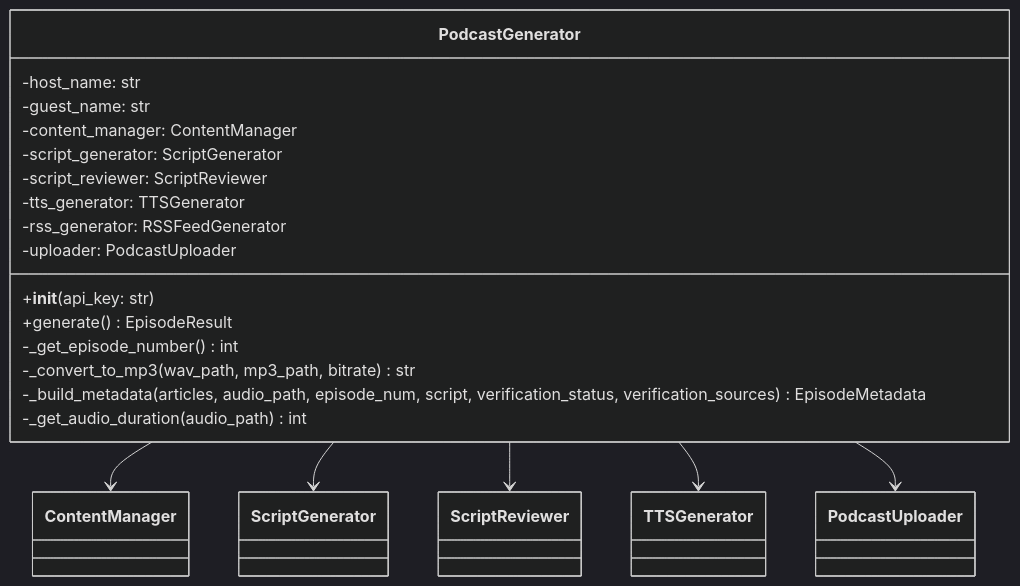
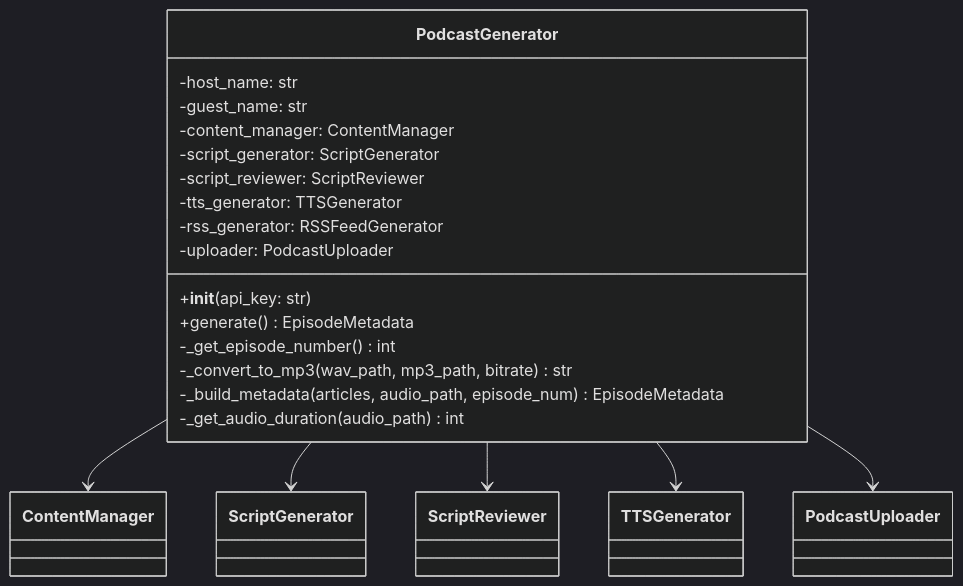
Before and after one commit to necoha/auto-podcast: the seventh of 8 diagrams in docs/LLD.md, drawn with Mermaid (dark theme). The commit also changed other lines of this file and 25 other files, not shown here.

Commit message:
Restore pre-URL Context flow with configurable Gemini models

````diff
--- a/docs/LLD.md
+++ b/docs/LLD.md
@@ -505,25 +453,25 @@
 ```mermaid
 classDiagram
     class PodcastGenerator {
         -host_name: str
         -guest_name: str
         -content_manager: ContentManager
         -script_generator: ScriptGenerator
         -script_reviewer: ScriptReviewer
         -tts_generator: TTSGenerator
         -rss_generator: RSSFeedGenerator
         -uploader: PodcastUploader
         +__init__(api_key: str)
-        +generate() EpisodeResult
+        +generate() EpisodeMetadata
         -_get_episode_number() int
         -_convert_to_mp3(wav_path, mp3_path, bitrate) str
-        -_build_metadata(articles, audio_path, episode_num, script, verification_status, verification_sources) EpisodeMetadata
+        -_build_metadata(articles, audio_path, episode_num) EpisodeMetadata
         -_get_audio_duration(audio_path) int
     }
 
     PodcastGenerator --> ContentManager
     PodcastGenerator --> ScriptGenerator
     PodcastGenerator --> ScriptReviewer
     PodcastGenerator --> TTSGenerator
     PodcastGenerator --> PodcastUploader
 ```
````
